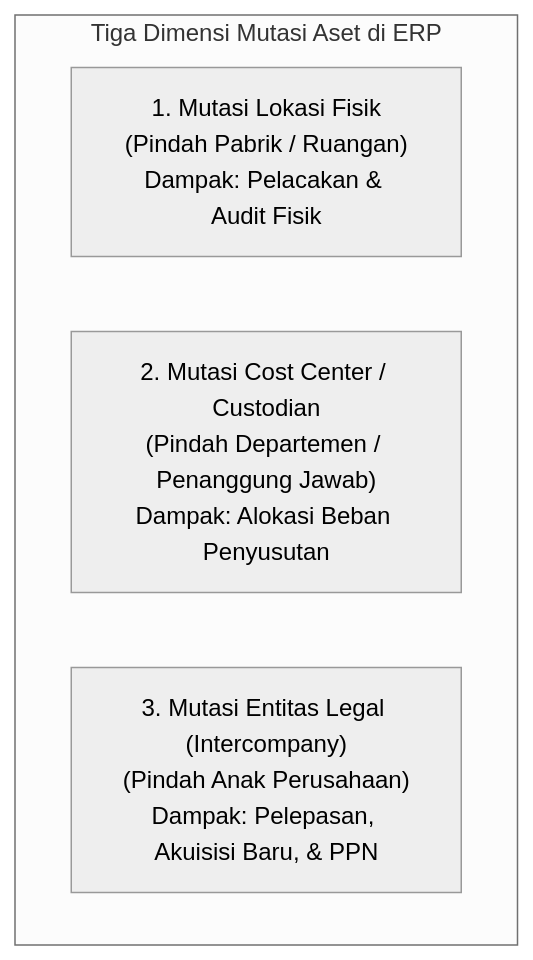
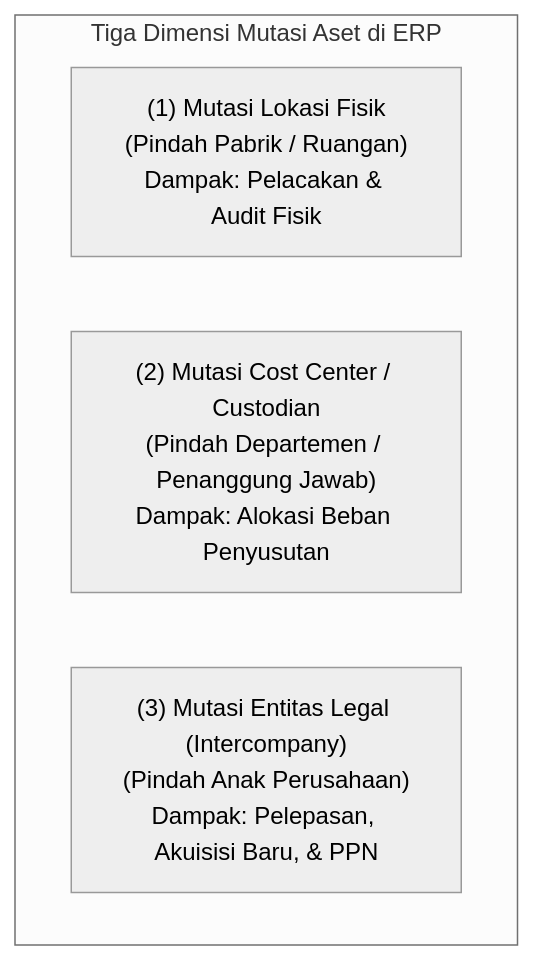
Before and after one commit to alimurrofid/erp-notes: the first of 2 diagrams in content/08-assets/asset-transfer-and-location.md, drawn with Mermaid (neutral theme). The commit also changed 132 other files, not shown here.

````diff
--- a/content/08-assets/asset-transfer-and-location.md
+++ b/content/08-assets/asset-transfer-and-location.md
@@ -15,8 +15,8 @@
 ```mermaid
 graph TD
     subgraph TransferDimensions["Tiga Dimensi Mutasi Aset di ERP"]
-        Phys["1. Mutasi Lokasi Fisik<br/>(Pindah Pabrik / Ruangan)<br/>Dampak: Pelacakan & Audit Fisik"]
-        Org["2. Mutasi Cost Center / Custodian<br/>(Pindah Departemen / Penanggung Jawab)<br/>Dampak: Alokasi Beban Penyusutan"]
-        Legal["3. Mutasi Entitas Legal (Intercompany)<br/>(Pindah Anak Perusahaan)<br/>Dampak: Pelepasan, Akuisisi Baru, & PPN"]
+        Phys["(1) Mutasi Lokasi Fisik<br/>(Pindah Pabrik / Ruangan)<br/>Dampak: Pelacakan & Audit Fisik"]
+        Org["(2) Mutasi Cost Center / Custodian<br/>(Pindah Departemen / Penanggung Jawab)<br/>Dampak: Alokasi Beban Penyusutan"]
+        Legal["(3) Mutasi Entitas Legal (Intercompany)<br/>(Pindah Anak Perusahaan)<br/>Dampak: Pelepasan, Akuisisi Baru, & PPN"]
     end
 ```
````
